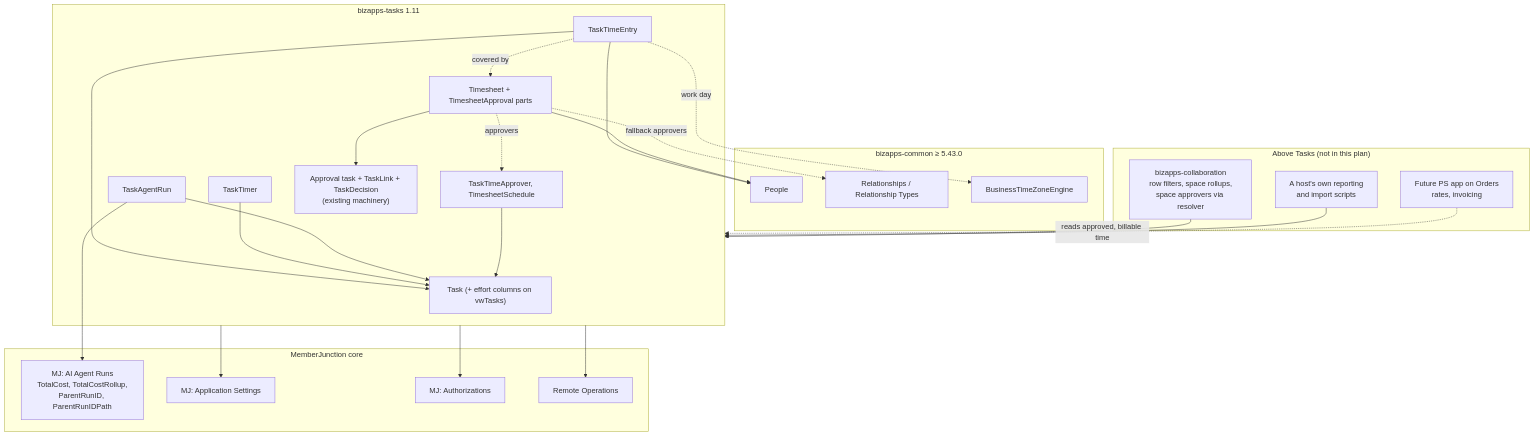
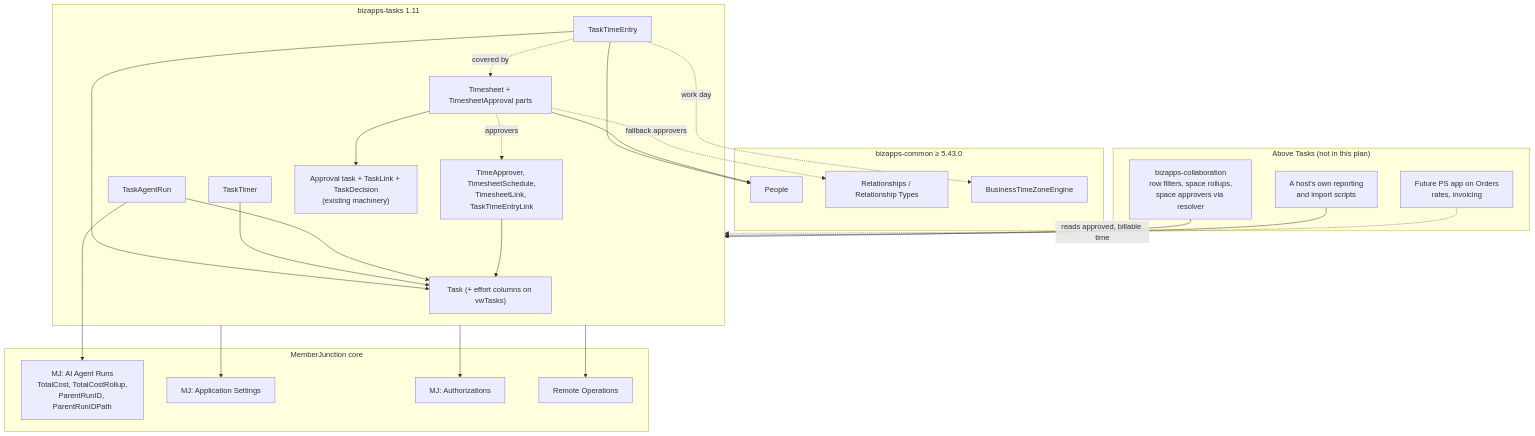
One commit to MemberJunction/bizapps-tasks changed the first of 4 diagrams in plans/TIME_TRACKING_PLAN.md. Above: the diagram before and after it, drawn with Mermaid. The commit also changed other lines of this file, not shown here.

````diff
--- a/plans/TIME_TRACKING_PLAN.md
+++ b/plans/TIME_TRACKING_PLAN.md
@@ -454,46 +490,46 @@
 ```mermaid
 flowchart TB
     subgraph Core["MemberJunction core"]
         AR["MJ: AI Agent Runs<br/>TotalCost, TotalCostRollup,<br/>ParentRunID, ParentRunIDPath"]
         AS["MJ: Application Settings"]
         AU["MJ: Authorizations"]
         RO["Remote Operations"]
     end
     subgraph Common["bizapps-common ≥ 5.43.0"]
         P["People"]
         REL["Relationships / Relationship Types"]
         TZ["BusinessTimeZoneEngine"]
     end
     subgraph Tasks["bizapps-tasks 1.11"]
         T["Task (+ effort columns on vwTasks)"]
         TE["TaskTimeEntry"]
         TT["TaskTimer"]
         TAR["TaskAgentRun"]
         TS["Timesheet + TimesheetApproval parts"]
-        TTA["TaskTimeApprover, TimesheetSchedule"]
+        TTA["TimeApprover, TimesheetSchedule,<br/>TimesheetLink, TaskTimeEntryLink"]
         APP["Approval task + TaskLink + TaskDecision<br/>(existing machinery)"]
     end
     subgraph Above["Above Tasks (not in this plan)"]
         COL["bizapps-collaboration<br/>row filters, space rollups,<br/>space approvers via resolver"]
         HOST["A host's own reporting<br/>and import scripts"]
         PSA["Future PS app on Orders<br/>rates, invoicing"]
     end
     TE --> T
     TT --> T
     TAR --> T
     TAR --> AR
     TE --> P
     TS --> P
     TS --> APP
     TE -. "covered by" .-> TS
     TS -. "approvers" .-> TTA
     TS -. "fallback approvers" .-> REL
     TTA --> T
     TE -. "work day" .-> TZ
     Tasks --> AS
     Tasks --> AU
     Tasks --> RO
     COL --> Tasks
     HOST --> Tasks
     PSA -. "reads approved, billable time" .-> Tasks
 ```
````
